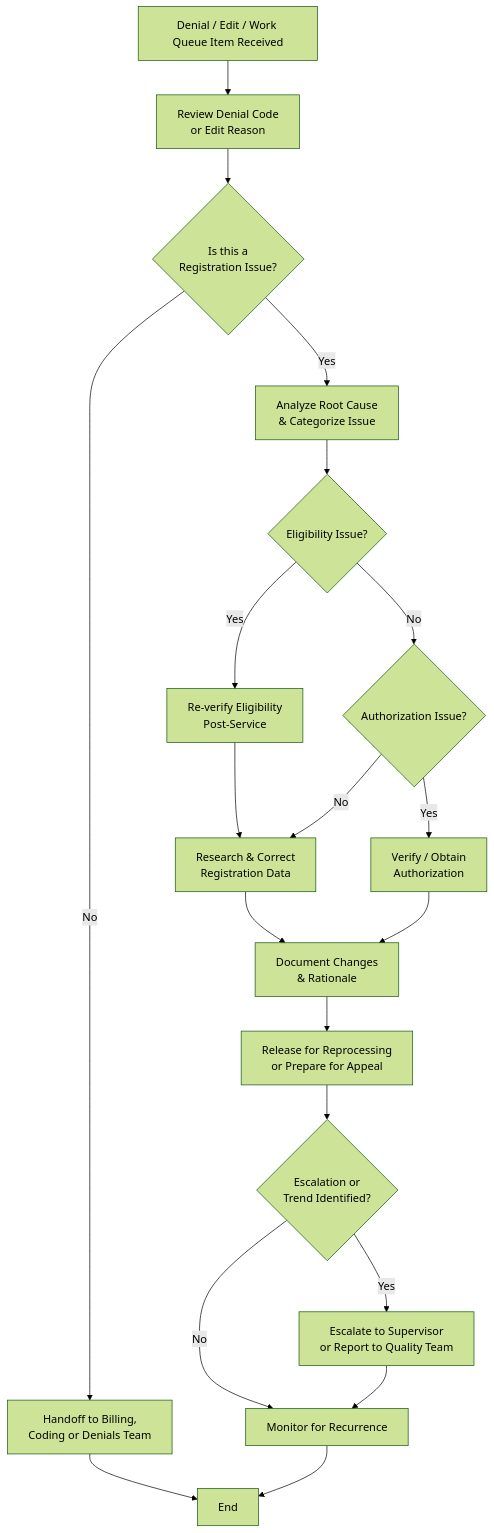
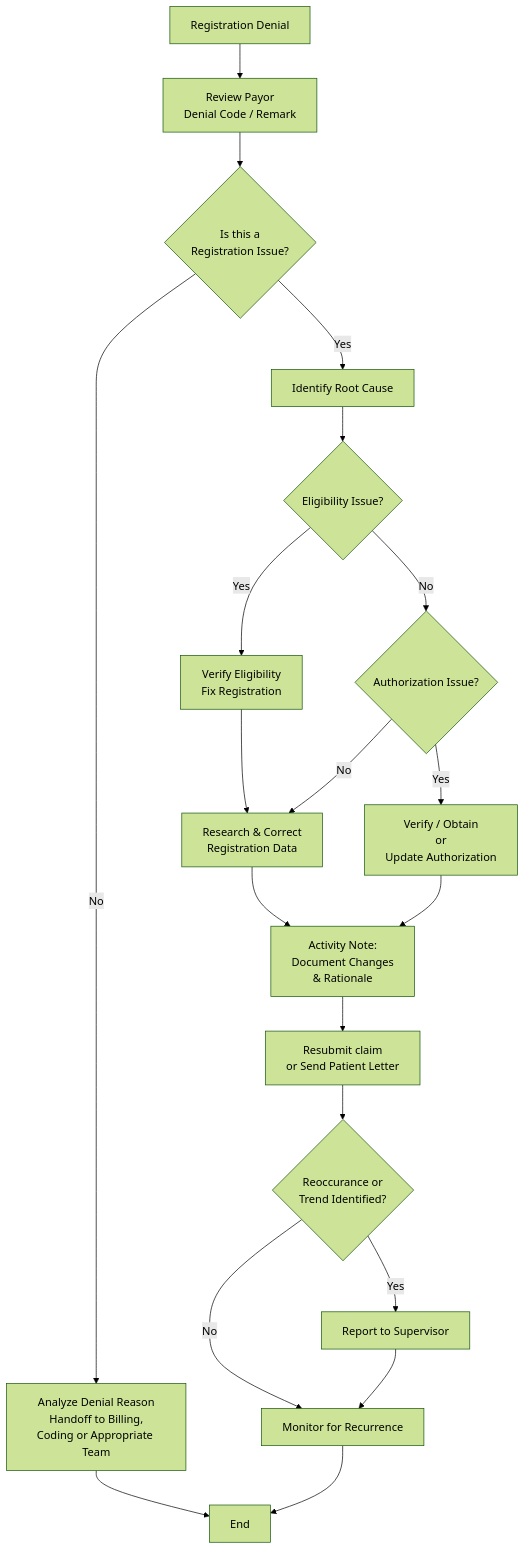
Before and after one commit to shainemeister/revenue-cycle-sop-and-workflow-framework: the diagram in workflows/registration-workflow.md, drawn with Mermaid (forest theme).

Commit message:
Update registration workflow for denial handling

````diff
--- a/workflows/registration-workflow.md
+++ b/workflows/registration-workflow.md
@@ -18,22 +18,22 @@
 ```mermaid
 flowchart TD
-    A[Denial / Edit / Work Queue Item Received] --> B[Review Denial Code<br/>or Edit Reason]
+    A[Registration Denial] --> B[Review Payor<br />Denial Code / Remark]
     B --> C{Is this a<br/>Registration Issue?}
-    C -->|No| D[Handoff to Billing,<br/>Coding or Denials Team]
-    C -->|Yes| E[Analyze Root Cause<br/>& Categorize Issue]
+    C -->|No| D[Analyze Denial Reason<br />Handoff to Billing,<br/>Coding or Appropriate Team]
+    C -->|Yes| E[Identify Root Cause]
     E --> F{Eligibility Issue?}
-    F -->|Yes| G[Re-verify Eligibility<br/>Post-Service]
+    F -->|Yes| G[Verify Eligibility<br/>Fix Registration]
     F -->|No| H{Authorization Issue?}
     G --> I[Research & Correct<br/>Registration Data]
-    H -->|Yes| J[Verify / Obtain<br/>Authorization]
+    H -->|Yes| J[Verify / Obtain<br />or<br/>Update Authorization]
     H -->|No| I
-    I --> K[Document Changes<br/>& Rationale]
+    I --> K[Activity Note:<br />Document Changes<br/>& Rationale]
     J --> K
-    K --> L[Release for Reprocessing<br/>or Prepare for Appeal]
-    L --> M{Escalation or<br/>Trend Identified?}
-    M -->|Yes| N[Escalate to Supervisor<br/>or Report to Quality Team]
+    K --> L[Resubmit claim<br/>or Send Patient Letter]
+    L --> M{Reoccurance or<br/>Trend Identified?}
+    M -->|Yes| N[Report to Supervisor]
     M -->|No| O[Monitor for Recurrence]
     N --> O
     D --> P[End]
     O --> P
 ```
````
